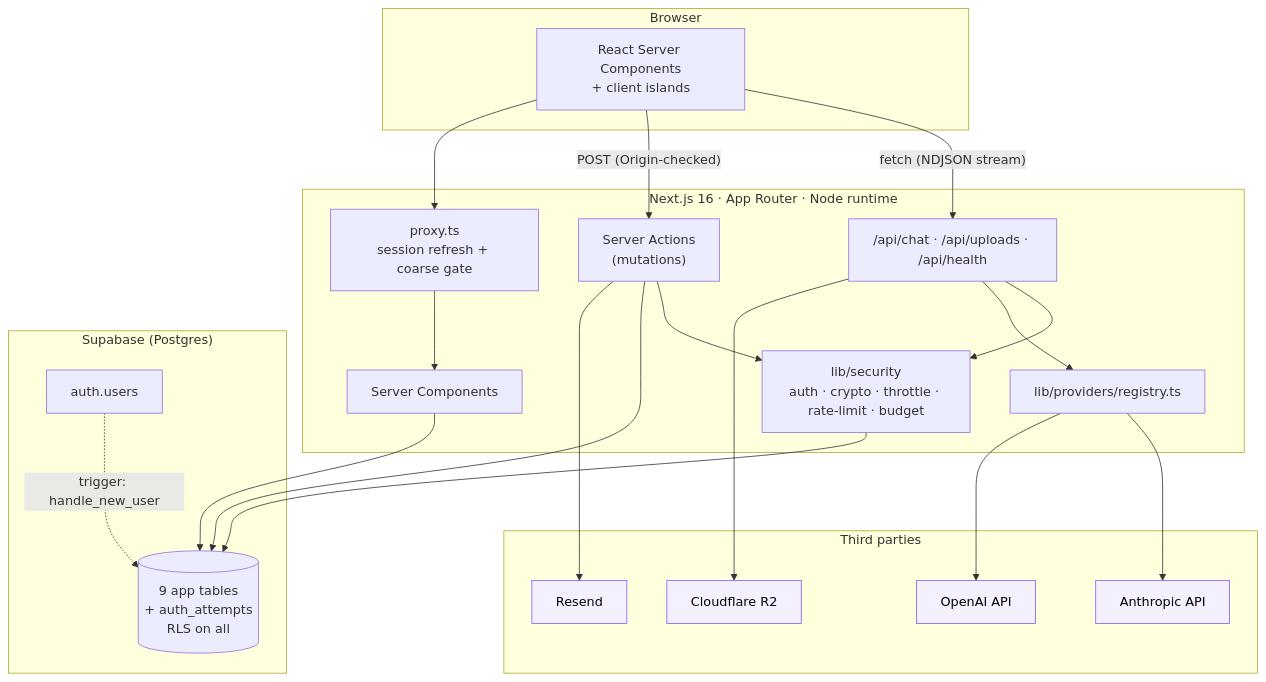
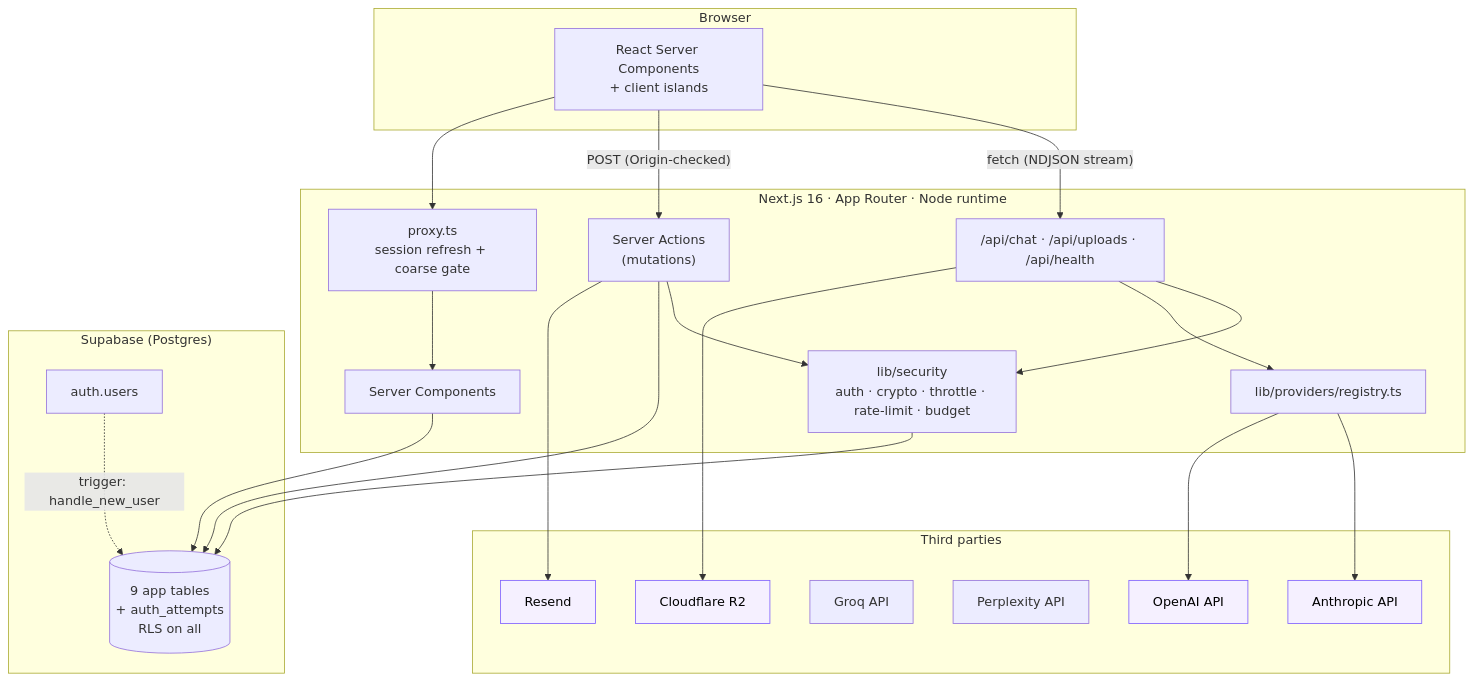
Before and after one commit to MyChat99/myaichat: the first of 7 diagrams in docs/ARCHITECTURE.md, drawn with Mermaid. The commit also changed other lines of this file and 25 other files, not shown here.

````diff
--- a/docs/ARCHITECTURE.md
+++ b/docs/ARCHITECTURE.md
@@ -20,46 +20,48 @@
 ```mermaid
 graph TB
     subgraph browser["Browser"]
         UI["React Server Components<br/>+ client islands"]
     end
 
     subgraph next["Next.js 16 · App Router · Node runtime"]
         PROXY["proxy.ts<br/>session refresh + coarse gate"]
         RSC["Server Components"]
         SA["Server Actions<br/>(mutations)"]
         API["/api/chat · /api/uploads · /api/health"]
         REG["lib/providers/registry.ts"]
         SEC["lib/security<br/>auth · crypto · throttle · rate-limit · budget"]
     end
 
     subgraph supabase["Supabase (Postgres)"]
         AUTH["auth.users"]
         DB[("9 app tables<br/>+ auth_attempts<br/>RLS on all")]
     end
 
     subgraph vendors["Third parties"]
         ANTH["Anthropic API"]
         OAI["OpenAI API"]
+        GROQ["Groq API"]
+        PPLX["Perplexity API"]
         R2["Cloudflare R2"]
         RESEND["Resend"]
     end
 
     UI -->|"fetch (NDJSON stream)"| API
     UI -->|"POST (Origin-checked)"| SA
     UI --> PROXY
     PROXY --> RSC
     RSC --> DB
     SA --> SEC
     SA --> DB
     API --> SEC
     API --> REG
     REG --> ANTH
     REG --> OAI
     API --> R2
     SEC --> DB
     AUTH -.->|"trigger: handle_new_user"| DB
     SA --> RESEND
 
     classDef vendor fill:#f5f0ff,stroke:#7c5cff,color:#000
     class ANTH,OAI,R2,RESEND vendor
 ```
````
